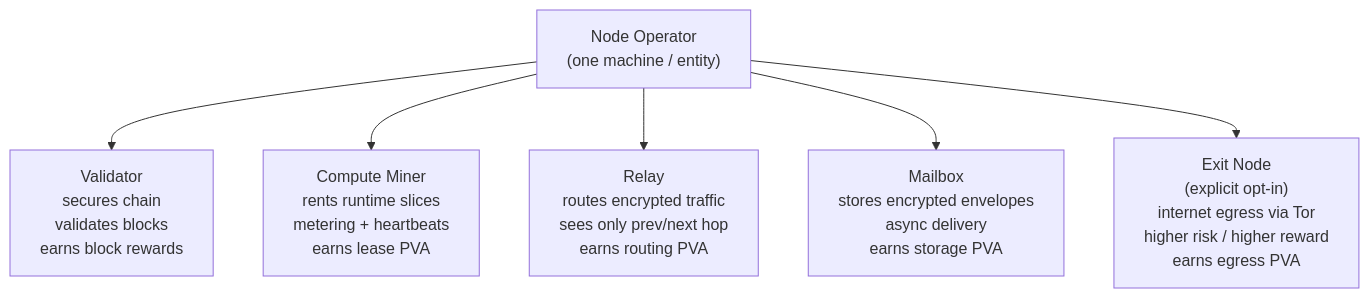
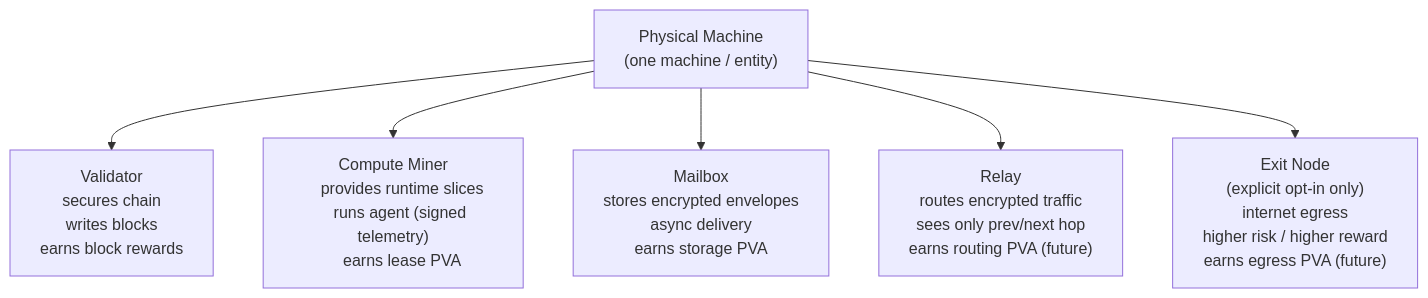
Before and after one commit to niirmataa/privAI: the second of 12 diagrams in spec/PRIVAI_V0_PRIVATE_COMPUTE/PRIVAI_V0_DIAGRAMS.md, drawn with Mermaid. The commit also changed other lines of this file and 211 other files, not shown here.

````diff
--- a/spec/PRIVAI_V0_PRIVATE_COMPUTE/PRIVAI_V0_DIAGRAMS.md
+++ b/spec/PRIVAI_V0_PRIVATE_COMPUTE/PRIVAI_V0_DIAGRAMS.md
@@ -59,29 +57,29 @@
 ```mermaid
 flowchart TD
-    NO["Node Operator
+    NO["Physical Machine
     (one machine / entity)"] --> V["Validator
     secures chain
-    validates blocks
+    writes blocks
     earns block rewards"]
 
     NO --> CM["Compute Miner
-    rents runtime slices
-    metering + heartbeats
+    provides runtime slices
+    runs agent (signed telemetry)
     earns lease PVA"]
-
-    NO --> R["Relay
-    routes encrypted traffic
-    sees only prev/next hop
-    earns routing PVA"]
 
     NO --> MB["Mailbox
     stores encrypted envelopes
     async delivery
     earns storage PVA"]
 
+    NO --> R["Relay
+    routes encrypted traffic
+    sees only prev/next hop
+    earns routing PVA (future)"]
+
     NO --> EX["Exit Node
-    (explicit opt-in)
-    internet egress via Tor
+    (explicit opt-in only)
+    internet egress
     higher risk / higher reward
-    earns egress PVA"]
+    earns egress PVA (future)"]
 ```
````
